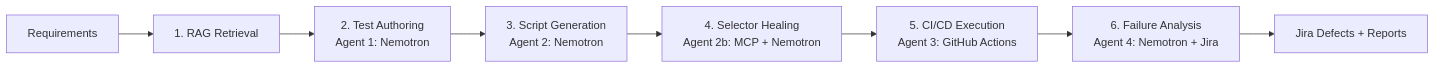
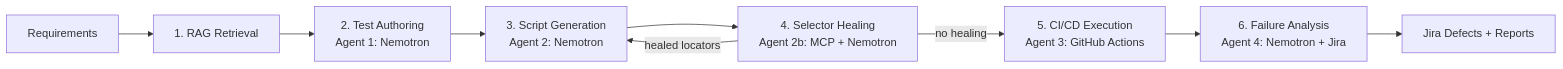
One commit to beepakbehera/agentic-ai-stlc-pipeline changed the diagram in README.md. Above: the diagram before and after it, drawn with Mermaid. The commit also changed other lines of this file and 10 other files, not shown here.

First line of the commit message:
Fix agent robustness and CI/CD recursion; add self-healing loop and npm lockfile

````diff
--- a/README.md
+++ b/README.md
@@ -14,10 +14,11 @@
 ```mermaid
 graph LR
     A[Requirements] --> B[1. RAG Retrieval]
     B --> C[2. Test Authoring<br/>Agent 1: Nemotron]
     C --> D[3. Script Generation<br/>Agent 2: Nemotron]
     D --> E[4. Selector Healing<br/>Agent 2b: MCP + Nemotron]
-    E --> F[5. CI/CD Execution<br/>Agent 3: GitHub Actions]
+    E -->|healed locators| D
+    E -->|no healing| F[5. CI/CD Execution<br/>Agent 3: GitHub Actions]
     F --> G[6. Failure Analysis<br/>Agent 4: Nemotron + Jira]
     G --> H[Jira Defects + Reports]
 ```
````
